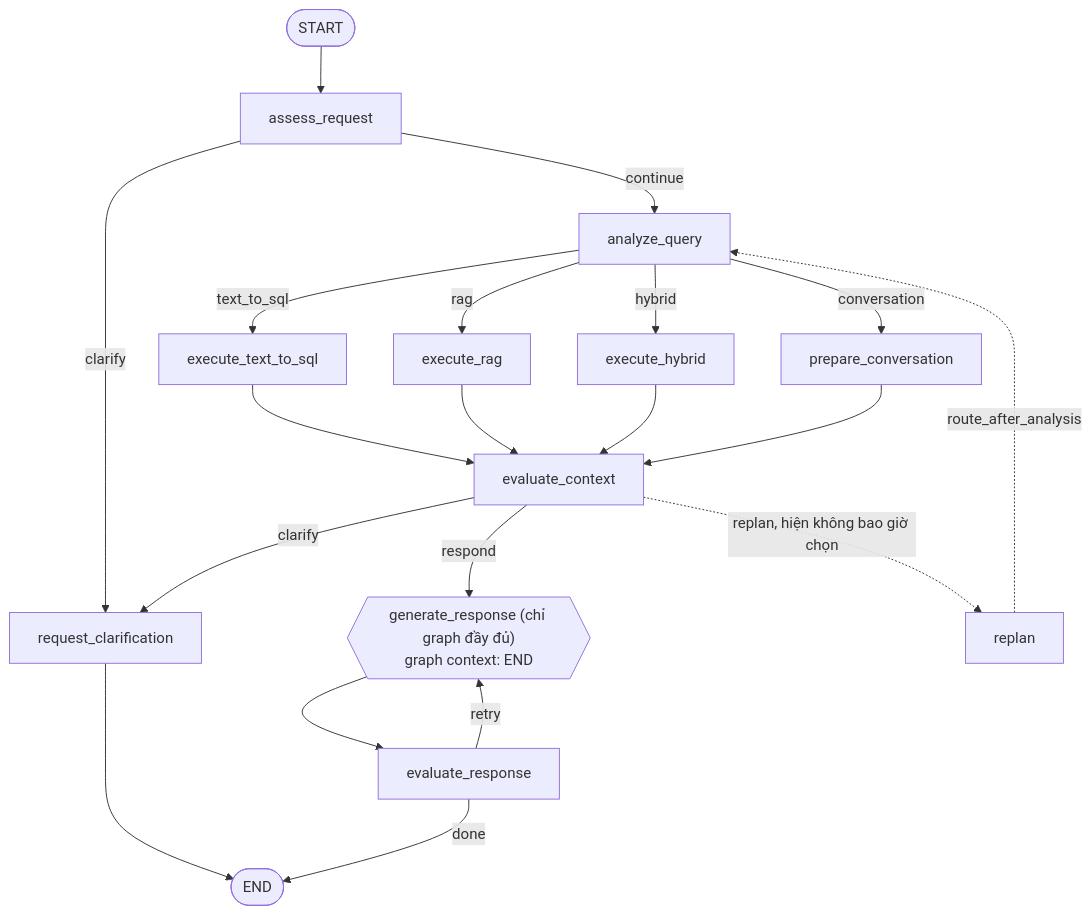
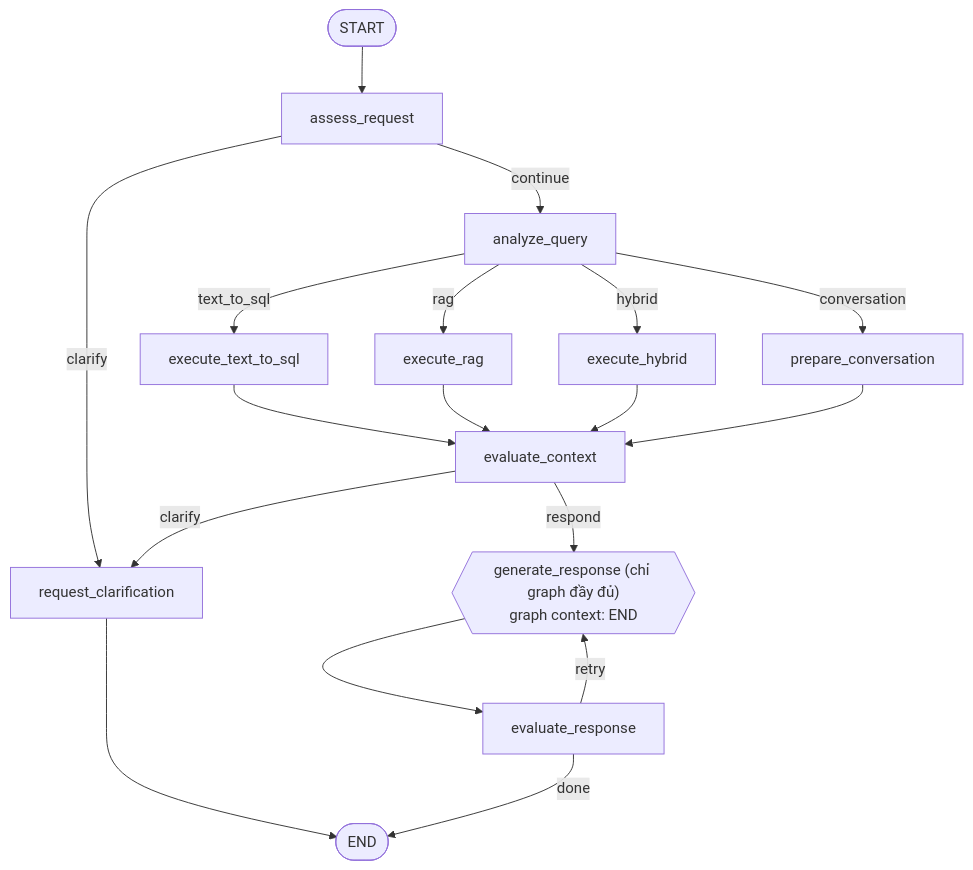
One commit to congth2001/AI_ASSISTANT changed the diagram in docs/agent-graph.md. Above: the diagram before and after it, drawn with Mermaid. The commit also changed other lines of this file and 8 other files, not shown here.

First line of the commit message:
docs(backend): update architecture, data model, analytics API and agent docs

````diff
--- a/docs/agent-graph.md
+++ b/docs/agent-graph.md
@@ -25,22 +25,20 @@
 ```mermaid
 flowchart TD
     S([START]) --> A[assess_request]
     A -- continue --> B[analyze_query]
     A -- clarify --> C[request_clarification]
     C --> E([END])
     B -- text_to_sql --> T[execute_text_to_sql]
     B -- rag --> R[execute_rag]
     B -- hybrid --> H[execute_hybrid]
     B -- conversation --> P[prepare_conversation]
     T --> V[evaluate_context]
     R --> V
     H --> V
     P --> V
     V -- respond --> G{{"generate_response (chỉ graph đầy đủ)<br/>graph context: END"}}
     V -- clarify --> C
-    V -. replan, hiện không bao giờ chọn .-> RP[replan]
-    RP -. route_after_analysis .-> B
     G --> W[evaluate_response]
     W -- retry --> G
     W -- done --> E
 ```
````
